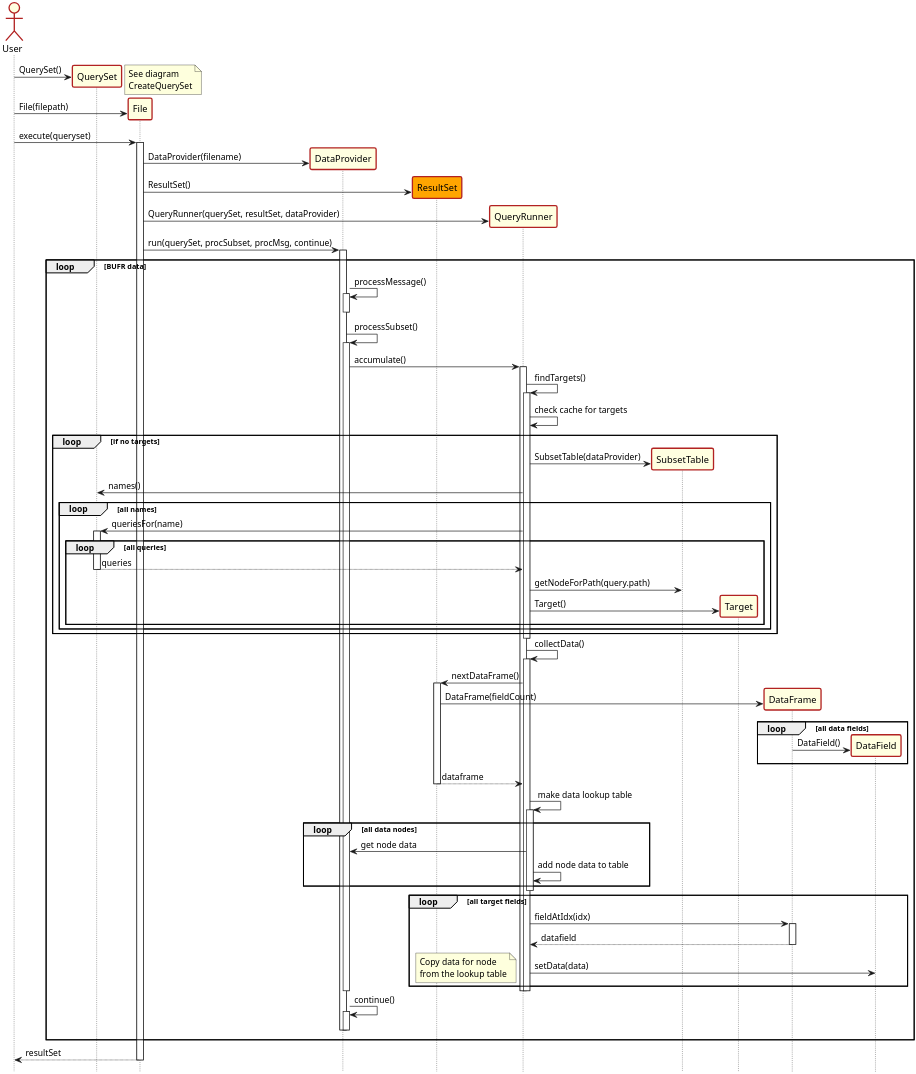
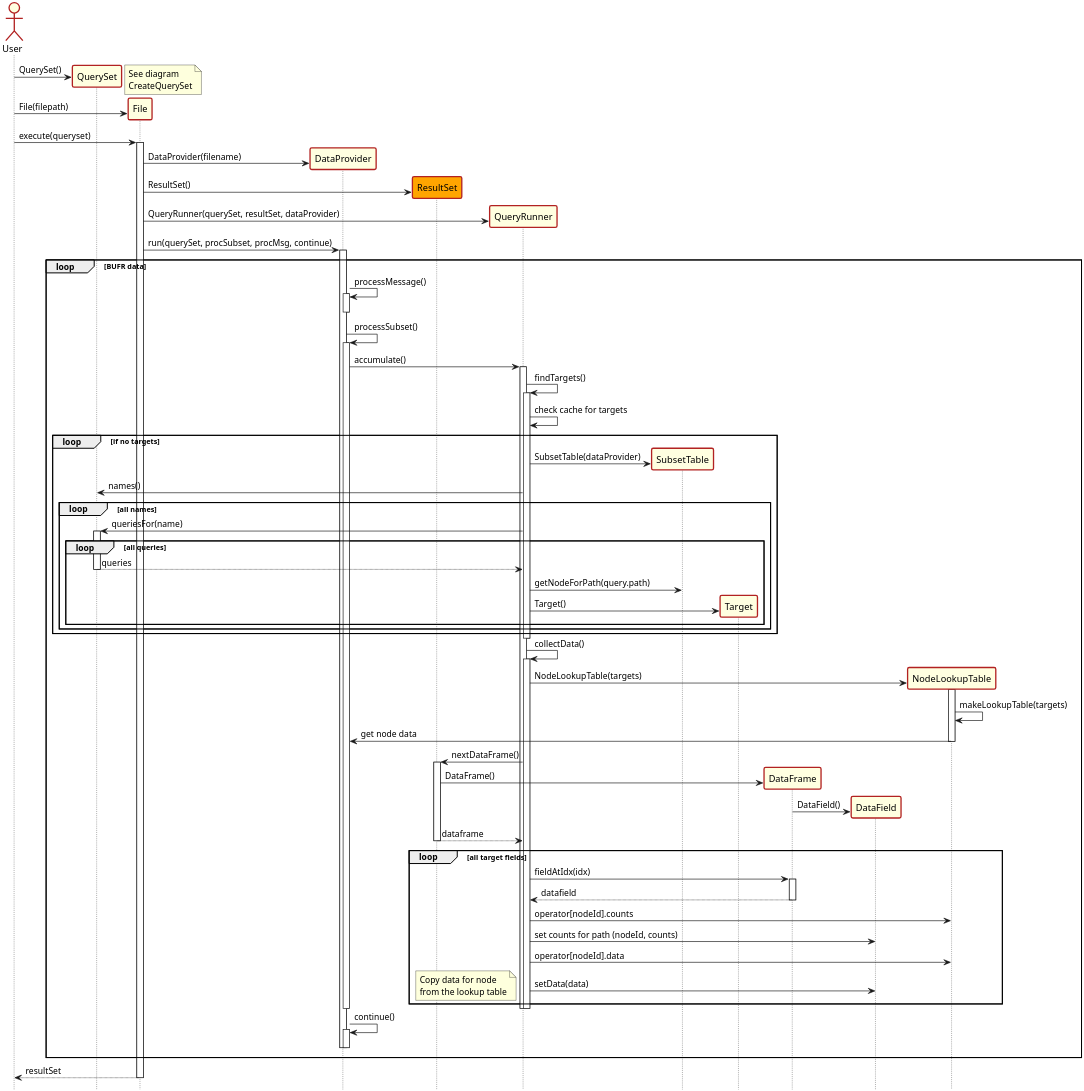
Before and after one commit to JCSDA-internal/ioda-converters: the diagram in doc/bufr_uml/DataCollection.puml, drawn with PlantUML. The commit also changed 3 other files, not shown here.

Commit message:
Updated some uml diagrams

```diff
--- a/doc/bufr_uml/DataCollection.puml
+++ b/doc/bufr_uml/DataCollection.puml
@@ -1,192 +1,139 @@
 @startuml
 hide footbox
 skinparam dpi 300
 skinparam SequenceActorBorderThickness 2
 skinparam SequenceActorBorderColor #firebrick
 skinparam ActorBackgroundColor #lightyellow
 skinparam ParticipantBackgroundColor #lightyellow
 skinparam ParticipantBorderThickness 2
 skinparam ParticipantBorderColor #firebrick
 
 actor User
 participant QuerySet
 participant File
 participant DataProvider
 participant ResultSet #orange
 participant QueryRunner
 participant SubsetTable
 
 participant Target
 participant DataFrame
 participant DataField
 
 
 create QuerySet 
 User -> QuerySet : QuerySet()
 note right
     See diagram
     CreateQuerySet
 end note
 
 create File
 User -> File : File(filepath)
 User -> File : execute(queryset)
 
 activate File
 
 
 create DataProvider
 File -> DataProvider : DataProvider(filename)
 
 create ResultSet
 File -> ResultSet : ResultSet()
 
 create QueryRunner
 File -> QueryRunner : QueryRunner(querySet, resultSet, dataProvider)
 
 File -> DataProvider : run(querySet, procSubset, procMsg, continue)
 activate DataProvider
 
 loop BUFR data
     DataProvider -> DataProvider : processMessage()
     activate DataProvider
     deactivate DataProvider
 
     DataProvider -> DataProvider : processSubset()
         activate DataProvider
 
         DataProvider -> QueryRunner : accumulate()
         activate QueryRunner
             QueryRunner -> QueryRunner : findTargets()
             activate QueryRunner
                 QueryRunner -> QueryRunner : check cache for targets
 
                 loop if no targets
                     create SubsetTable
                     QueryRunner -> SubsetTable : SubsetTable(dataProvider)
                     QueryRunner -> QuerySet : names()
                     loop all names
 
                         QueryRunner -> QuerySet : queriesFor(name)
                         loop all queries
                             activate QuerySet
                                 QuerySet --> QueryRunner : queries
                             deactivate QuerySet
                             QueryRunner -> SubsetTable : getNodeForPath(query.path)
 
                             create Target
                             QueryRunner -> Target : Target()
                         end loop
                     end loop
                 end loop
 
             deactivate QueryRunner
 
             QueryRunner -> QueryRunner : collectData()
             activate QueryRunner
+                create NodeLookupTable
+                QueryRunner -> NodeLookupTable : NodeLookupTable(targets)
+                activate NodeLookupTable
+                    NodeLookupTable -> NodeLookupTable : makeLookupTable(targets)
+                    NodeLookupTable -> DataProvider : get node data
+                deactivate NodeLookupTable
+
+
                 QueryRunner -> ResultSet : nextDataFrame()
                 activate ResultSet
                     create DataFrame
-                    ResultSet -> DataFrame : DataFrame(fieldCount)
-
+                    ResultSet -> DataFrame : DataFrame()
                     create DataField
-                    loop all data fields
-                        DataFrame -> DataField : DataField()
-                    end
+                    DataFrame -> DataField : DataField()
                     ResultSet --> QueryRunner : dataframe
                 deactivate ResultSet
 
-                QueryRunner -> QueryRunner : make data lookup table
-                activate QueryRunner
-                    loop all data nodes
-                        QueryRunner -> DataProvider : get node data
-                        QueryRunner -> QueryRunner : add node data to table
-                    end
-                deactivate QueryRunner
-
                 loop all target fields
-
-
                     QueryRunner -> DataFrame : fieldAtIdx(idx)
                     activate DataFrame
                         DataFrame --> QueryRunner : datafield
                     deactivate DataFrame
 
+                    QueryRunner -> NodeLookupTable : operator[nodeId].counts
+                    QueryRunner -> DataField : set counts for path (nodeId, counts)
+
+                    QueryRunner -> NodeLookupTable : operator[nodeId].data
                     QueryRunner -> DataField : setData(data)
+
                     note left
                         Copy data for node
                         from the lookup table
                     end note
                 end
             deactivate QueryRunner
         deactivate QueryRunner
 
     deactivate DataProvider
 
     DataProvider -> DataProvider : continue()
     activate DataProvider
     deactivate DataProvider
 
 deactivate DataProvider
 end
 
-
-
-
-'	File -> Query : query()
-'
-'	activate Query
-'
-'	Query -> Query : findTargets
-'
-'	activate Query
-'	Query -> Query : check cache for targets
-'
-'	loop if no targets
-'		Query -> DataProvider : find target
-'		activate DataProvider
-'		create Target
-'		DataProvider -> Target : Target()
-'		deactivate DataProvider
-'	end
-'	deactivate Query
-'
-'	Query -> Query : collectData
-'	activate Query
-'	Query -> ResultSet : nextDataFrame()
-'	activate ResultSet
-'
-'	create DataFrame
-'	ResultSet -> DataFrame : DataFrame(fieldCount)
-'
-'	create DataField
-'	loop all data fields
-'		DataFrame -> DataField : DataField()
-'	end
-'	ResultSet --> Query : dataframe
-'
-'
-'	deactivate ResultSet
-'
-'	loop all target fields
-'		Query -> DataProvider : find data for target
-'		Query -> DataFrame : fieldAtIdx(idx)
-'		activate DataFrame
-'		DataFrame --> Query : datafield
-'		deactivate DataFrame
-'
-'		Query -> DataField : fill in data
-'	end
-'
-'	deactivate Query
-'
-'	deactivate Query
-'end
-
 deactivate DataProvider
 
 File --> User : resultSet
 
 deactivate File
 
 @enduml
```
